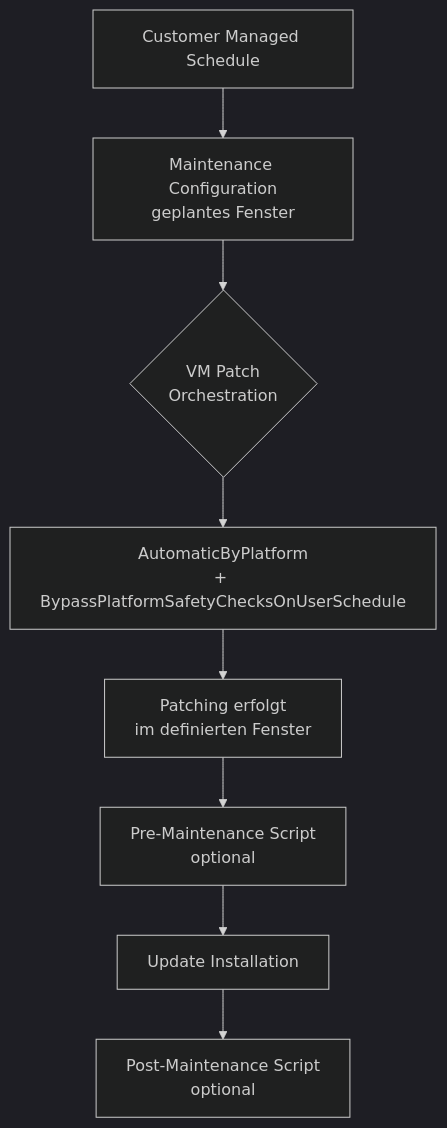
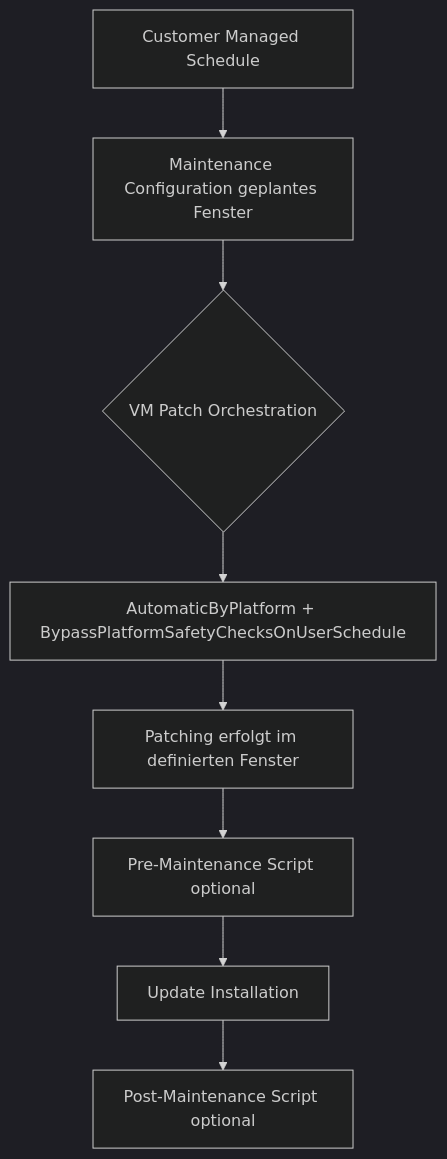
Before and after one commit to SoniiiT/notes-n-docs: the third of 4 diagrams in Microsoft 365/Azure/Monitor und Management/Azure Update Manager.md, drawn with Mermaid (dark theme). The commit also changed other lines of this file and 124 other files, not shown here.

First line of the commit message:
fix: Entferne \n aus allen Mermaid-Diagrammen (125 Dateien)

````diff
--- a/Microsoft 365/Azure/Monitor und Management/Azure Update Manager.md
+++ b/Microsoft 365/Azure/Monitor und Management/Azure Update Manager.md
@@ -233,10 +233,10 @@
 ```mermaid
 graph TD
-    A[Customer Managed Schedule] --> B[Maintenance Configuration\ngeplantes Fenster]
-    B --> C{VM Patch\nOrchestration}
-    C --> D[AutomaticByPlatform\n+ BypassPlatformSafetyChecksOnUserSchedule]
-    D --> E[Patching erfolgt\nim definierten Fenster]
-    E --> F[Pre-Maintenance Script\noptional]
+    A[Customer Managed Schedule] --> B[Maintenance Configuration geplantes Fenster]
+    B --> C{VM Patch Orchestration}
+    C --> D[AutomaticByPlatform + BypassPlatformSafetyChecksOnUserSchedule]
+    D --> E[Patching erfolgt im definierten Fenster]
+    E --> F[Pre-Maintenance Script optional]
     F --> G[Update Installation]
-    G --> H[Post-Maintenance Script\noptional]
+    G --> H[Post-Maintenance Script optional]
 ```
````
